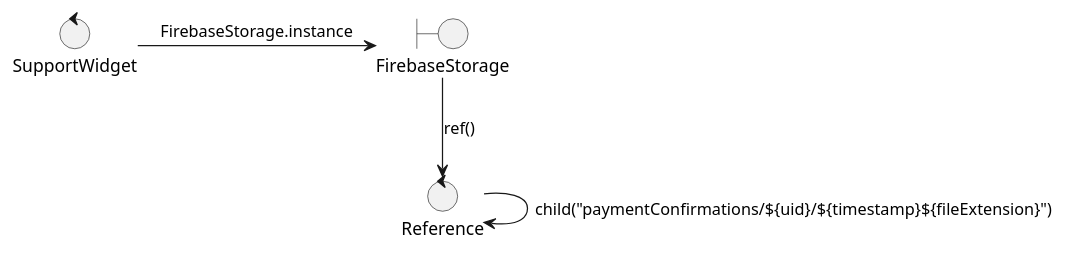
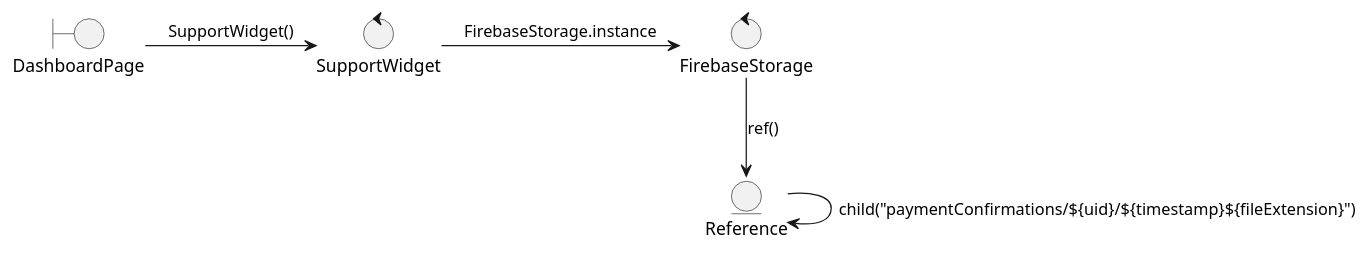
One commit to stnDinus/skpl_apbo_diagrams changed the diagram in up_trx_receipt_colab.puml. Above: the diagram before and after it, drawn with PlantUML. The commit also changed 8 other files, not shown here.

```diff
--- a/up_trx_receipt_colab.puml
+++ b/up_trx_receipt_colab.puml
@@ -1,9 +1,11 @@
 @startuml
+boundary DashboardPage
 control SupportWidget
-boundary FirebaseStorage
-control Reference
+control FirebaseStorage
+entity Reference
 
+(DashboardPage) -> (SupportWidget): SupportWidget()
 (SupportWidget) -> (FirebaseStorage): FirebaseStorage.instance
 (FirebaseStorage) --> (Reference): ref()
 (Reference) --> (Reference): child("paymentConfirmations/${uid}/${timestamp}${fileExtension}")
 @enduml
```
